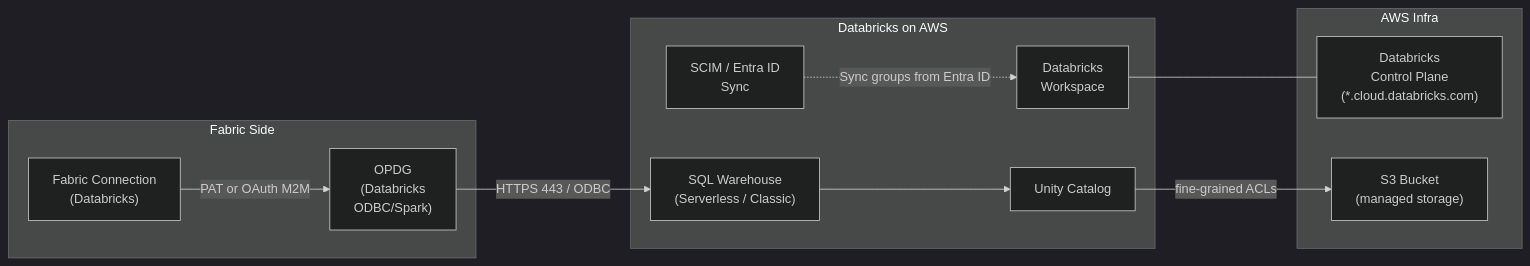
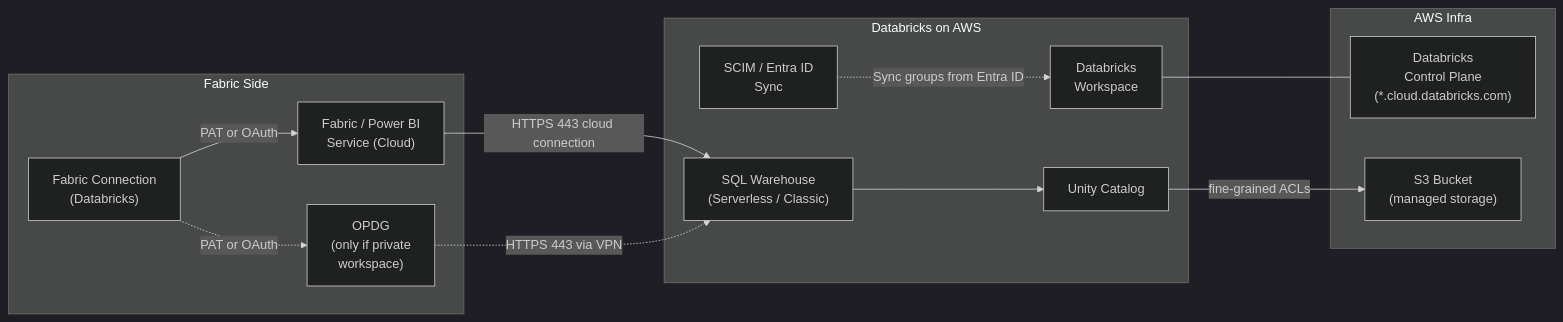
One commit to cyphou/Fabric-Gateway changed the fourth of 8 diagrams in docs/03-aws-connectivity.md. Above: the diagram before and after it, drawn with Mermaid (dark theme). The commit also changed other lines of this file, not shown here.

````diff
--- a/docs/03-aws-connectivity.md
+++ b/docs/03-aws-connectivity.md
@@ -325,26 +330,29 @@
 ```mermaid
 graph LR
     subgraph "Fabric Side"
+        FAB_DB["Fabric / Power BI\nService (Cloud)"]
         CONN_DB["Fabric Connection\n(Databricks)"]
-        OPDG_DB["OPDG\n(Databricks\nODBC/Spark)"]
+        OPDG_DB["OPDG\n(only if private\nworkspace)"]
     end
 
     subgraph "Databricks on AWS"
         DBRWS["Databricks\nWorkspace"]
         SQLWH["SQL Warehouse\n(Serverless / Classic)"]
         UC["Unity Catalog"]
         SCIM["SCIM / Entra ID\nSync"]
     end
 
     subgraph "AWS Infra"
         DBRAWS["Databricks\nControl Plane\n(*.cloud.databricks.com)"]
         S3_DBR["S3 Bucket\n(managed storage)"]
     end
 
-    CONN_DB -->|PAT or OAuth M2M| OPDG_DB
-    OPDG_DB -->|HTTPS 443 / ODBC| SQLWH
+    CONN_DB -->|PAT or OAuth| FAB_DB
+    FAB_DB -->|HTTPS 443 cloud connection| SQLWH
+    CONN_DB -.->|PAT or OAuth| OPDG_DB
+    OPDG_DB -.->|HTTPS 443 via VPN| SQLWH
     SQLWH --> UC
     UC -->|fine-grained ACLs| S3_DBR
     DBRWS --- DBRAWS
     SCIM -.->|Sync groups from Entra ID| DBRWS
 ```
````
